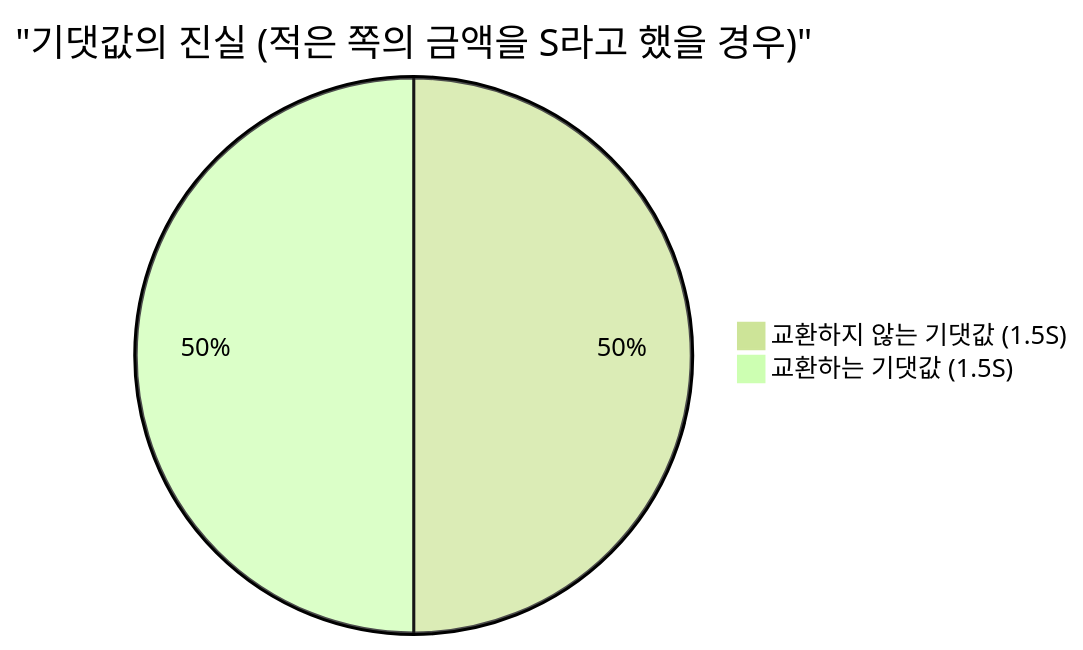
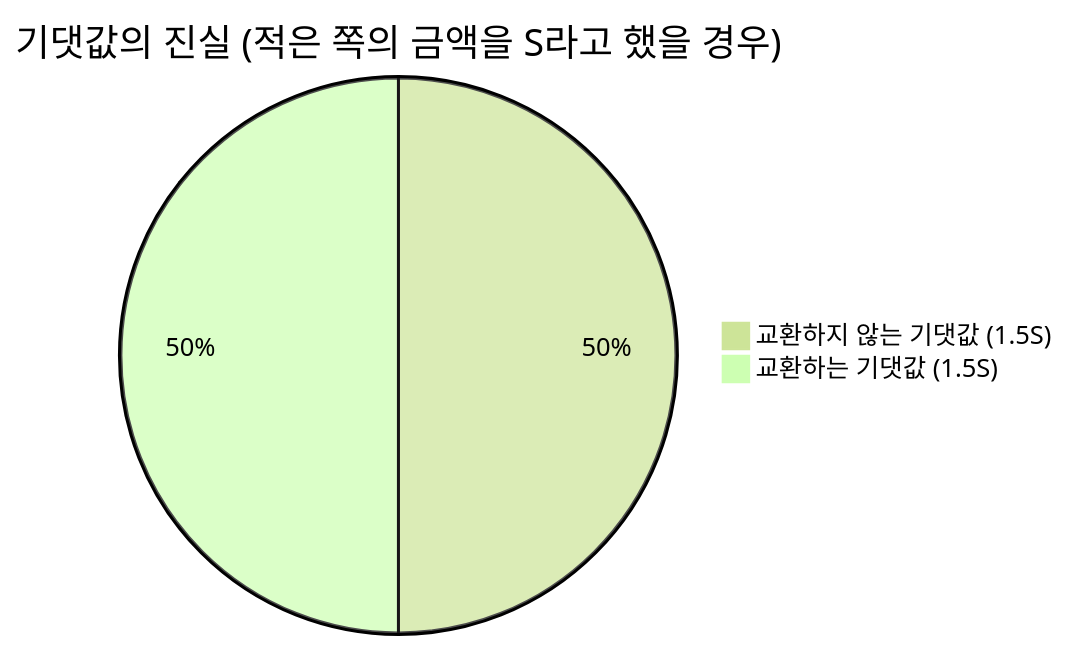
The second of 2 diagrams in content/post/2つの封筒のパラドックス/index.ko.md (kenjinote/blog), drawn with Mermaid (forest theme) before and after one commit. The commit also changed other lines of this file and 703 other files, not shown here.

Commit message:
Fix: Remove quotes from Mermaid link texts and timeline definitions to support Mermaid 11.4.1

````diff
--- a/content/post/2つの封筒のパラドックス/index.ko.md
+++ b/content/post/2つの封筒のパラドックス/index.ko.md
@@ -113,5 +113,5 @@
 ```mermaid
-pie title "기댓값의 진실 (적은 쪽의 금액을 S라고 했을 경우)"
+pie title 기댓값의 진실 (적은 쪽의 금액을 S라고 했을 경우)
     "교환하지 않는 기댓값 (1.5S)" : 50
     "교환하는 기댓값 (1.5S)" : 50
 ```
````
